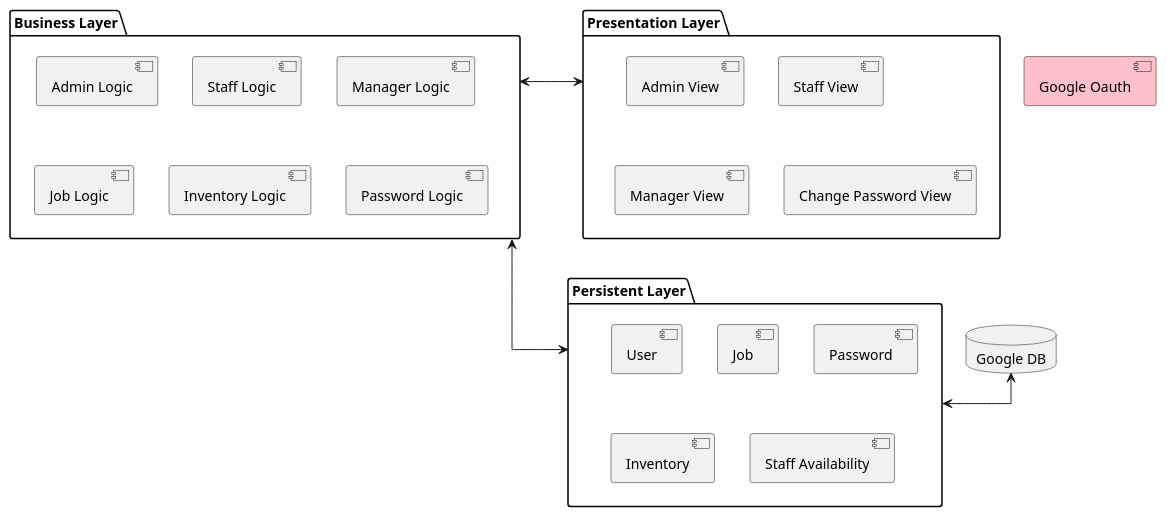
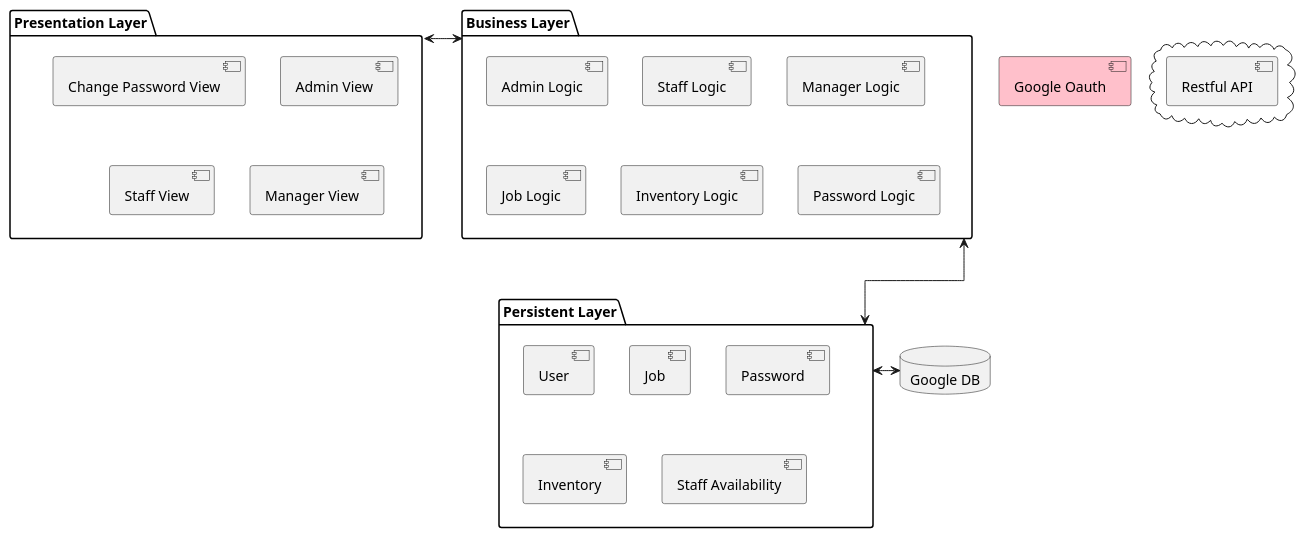
One commit to tryhardlaijun/Y2Trim1SoftEngPlantUml changed the diagram in 2101/M2Component.Plantuml. Above: the diagram before and after it, drawn with PlantUML. The commit also changed 1 other file, not shown here.

Commit message:
PlantUML For m2

```diff
--- a/2101/M2Component.Plantuml
+++ b/2101/M2Component.Plantuml
@@ -1,45 +1,49 @@
 @startuml
 skinparam classAttributeIconSize 0
 skinparam linetype ortho
 top to bottom direction
 
 
 'Declaring things
 [Google Oauth] as Google #Pink
 database "Google DB" as db
 
-package "Presentation Layer"  as Presentation{
-  [Admin View] as AdminPage
-  [Staff View] as StaffPage
-  [Manager View] as ManagerPage
-  [Change Password View] as PasswordPage
+
+package  "Presentation Layer"  as Presentation{
+  [Change Password View] as PasswordView
+  [Admin View] as AdminView
+  [Staff View] as StaffView
+  [Manager View] as ManagerView
+
 }
 
-package "Business Layer" as Business {
+package  "Business Layer" as Business {
   [Admin Logic] as AdminLogic
   [Staff Logic] as StaffLogic
   [Manager Logic] as ManagerLogic
   [Job Logic] as JobLogic
   [Inventory Logic] as InventoryLogic
   [Password Logic] as PasswordLogic
 
 }
 
 package "Persistent Layer" as Persistent {
   [User] as User
   [Job] as Job
   [Password] as Password
   [Inventory] as Inventory
   [Staff Availability] as StaffAvailability
 
 }
+cloud {
+  [Restful API] as Restful
+}
 
 
 
-
-Business <->  Presentation
-Business <->  Persistent
+Presentation <->  Business
+Business <---->  Persistent
 
 Persistent <-> db
 
 @enduml
```
